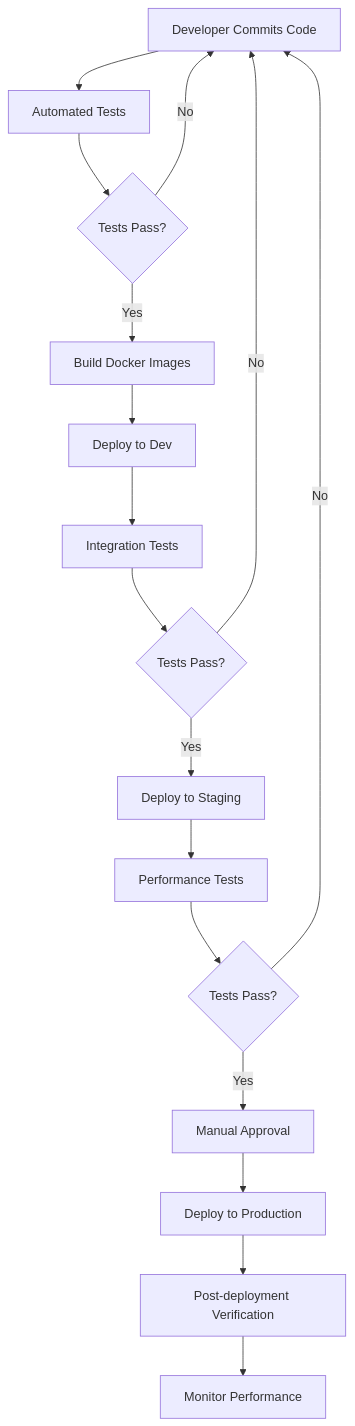
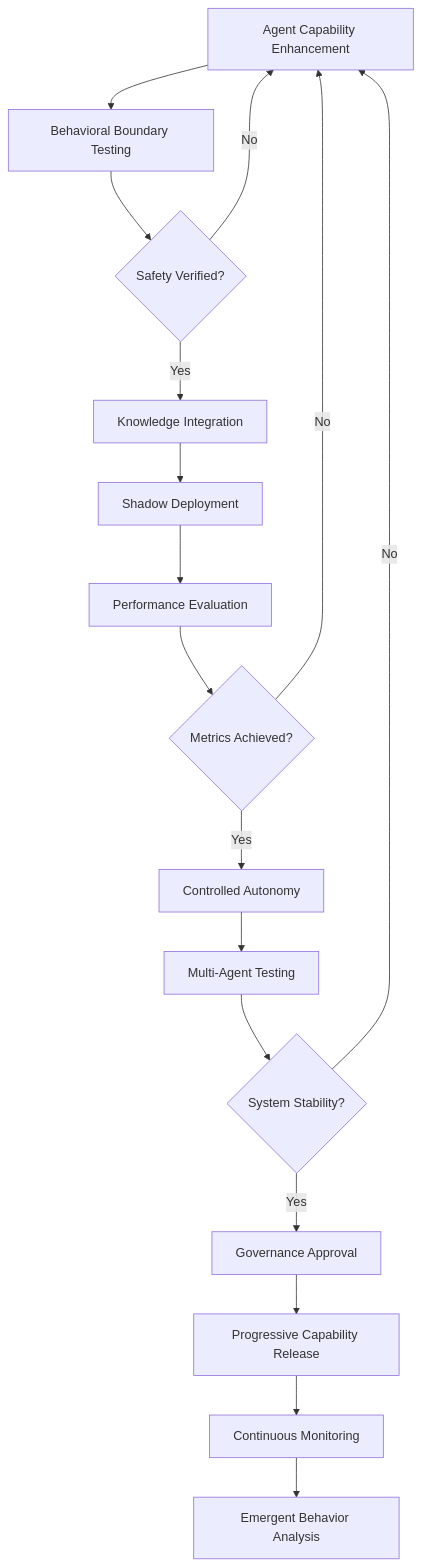
Before and after one commit to SquizAI/flipmymiles: the third of 3 diagrams in implementation/technical-implementation.md, drawn with Mermaid. The commit also changed other lines of this file and 2 other files, not shown here.

````diff
--- a/implementation/technical-implementation.md
+++ b/implementation/technical-implementation.md
@@ -490,19 +614,19 @@
 ```mermaid
 graph TD
-    A[Developer Commits Code] --> B[Automated Tests]
-    B --> C{Tests Pass?}
-    C -->|Yes| D[Build Docker Images]
+    A[Agent Capability Enhancement] --> B[Behavioral Boundary Testing]
+    B --> C{Safety Verified?}
+    C -->|Yes| D[Knowledge Integration]
     C -->|No| A
-    D --> E[Deploy to Dev]
-    E --> F[Integration Tests]
-    F --> G{Tests Pass?}
-    G -->|Yes| H[Deploy to Staging]
+    D --> E[Shadow Deployment]
+    E --> F[Performance Evaluation]
+    F --> G{Metrics Achieved?}
+    G -->|Yes| H[Controlled Autonomy]
     G -->|No| A
-    H --> I[Performance Tests]
-    I --> J{Tests Pass?}
-    J -->|Yes| K[Manual Approval]
+    H --> I[Multi-Agent Testing]
+    I --> J{System Stability?}
+    J -->|Yes| K[Governance Approval]
     J -->|No| A
-    K --> L[Deploy to Production]
-    L --> M[Post-deployment Verification]
-    M --> N[Monitor Performance]
+    K --> L[Progressive Capability Release]
+    L --> M[Continuous Monitoring]
+    M --> N[Emergent Behavior Analysis]
 ```
````
